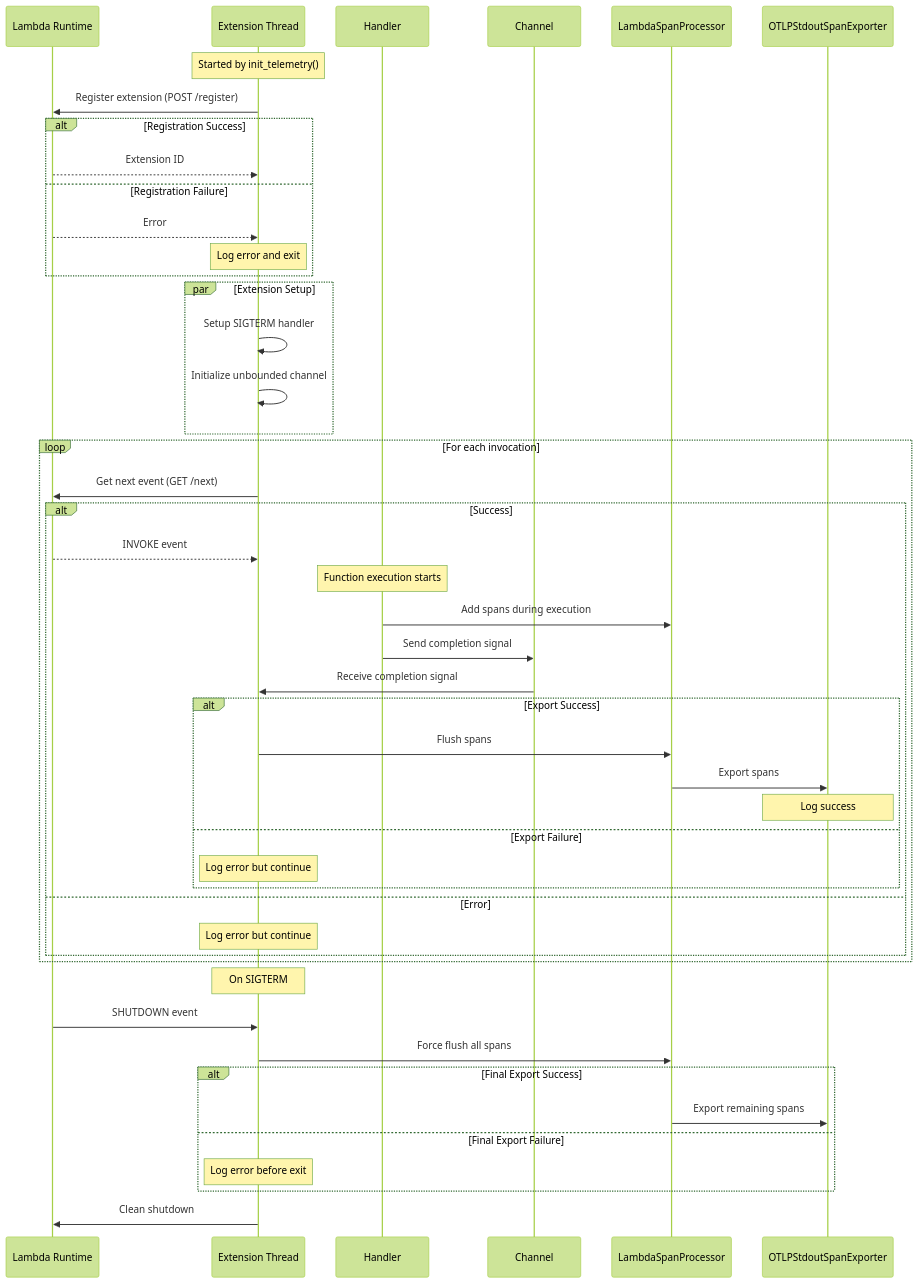
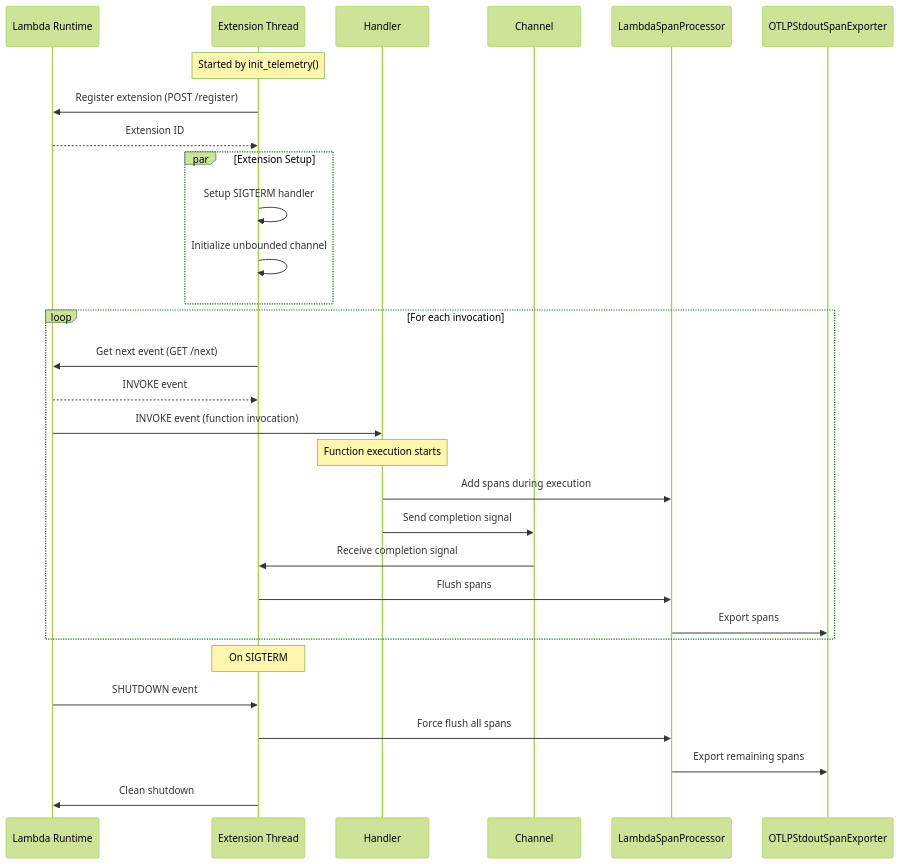
One commit to dev7a/serverless-otlp-forwarder changed the second of 2 diagrams in packages/rust/lambda-otel-lite/README.md. Above: the diagram before and after it, drawn with Mermaid (forest theme). The commit also changed 6 other files, not shown here.

````diff
--- a/packages/rust/lambda-otel-lite/README.md
+++ b/packages/rust/lambda-otel-lite/README.md
@@ -115,53 +115,36 @@
 ```mermaid
 sequenceDiagram
     participant Lambda Runtime
     participant Extension Thread
     participant Handler
     participant Channel
     participant LambdaSpanProcessor
     participant OTLPStdoutSpanExporter
 
     Note over Extension Thread: Started by init_telemetry()
     Extension Thread->>Lambda Runtime: Register extension (POST /register)
-    alt Registration Success
-        Lambda Runtime-->>Extension Thread: Extension ID
-    else Registration Failure
-        Lambda Runtime-->>Extension Thread: Error
-        Note over Extension Thread: Log error and exit
-    end
+    Lambda Runtime-->>Extension Thread: Extension ID
 
     par Extension Setup
         Extension Thread->>Extension Thread: Setup SIGTERM handler
         Extension Thread->>Extension Thread: Initialize unbounded channel
     end
 
     loop For each invocation
         Extension Thread->>Lambda Runtime: Get next event (GET /next)
-        alt Success
-            Lambda Runtime-->>Extension Thread: INVOKE event
-            Note over Handler: Function execution starts
-            Handler->>LambdaSpanProcessor: Add spans during execution
-            Handler->>Channel: Send completion signal
-            Channel->>Extension Thread: Receive completion signal
-            alt Export Success
-                Extension Thread->>LambdaSpanProcessor: Flush spans
-                LambdaSpanProcessor->>OTLPStdoutSpanExporter: Export spans
-                Note over OTLPStdoutSpanExporter: Log success
-            else Export Failure
-                Note over Extension Thread: Log error but continue
-            end
-        else Error
-            Note over Extension Thread: Log error but continue
-        end
+        Lambda Runtime-->>Extension Thread: INVOKE event
+        Lambda Runtime->>Handler: INVOKE event (function invocation)
+        Note over Handler: Function execution starts
+        Handler->>LambdaSpanProcessor: Add spans during execution
+        Handler->>Channel: Send completion signal
+        Channel->>Extension Thread: Receive completion signal
+        Extension Thread->>LambdaSpanProcessor: Flush spans
+        LambdaSpanProcessor->>OTLPStdoutSpanExporter: Export spans
     end
 
     Note over Extension Thread: On SIGTERM
     Lambda Runtime->>Extension Thread: SHUTDOWN event
     Extension Thread->>LambdaSpanProcessor: Force flush all spans
-    alt Final Export Success
-        LambdaSpanProcessor->>OTLPStdoutSpanExporter: Export remaining spans
-    else Final Export Failure
-        Note over Extension Thread: Log error before exit
-    end
+    LambdaSpanProcessor->>OTLPStdoutSpanExporter: Export remaining spans
     Extension Thread->>Lambda Runtime: Clean shutdown
 ```
````
